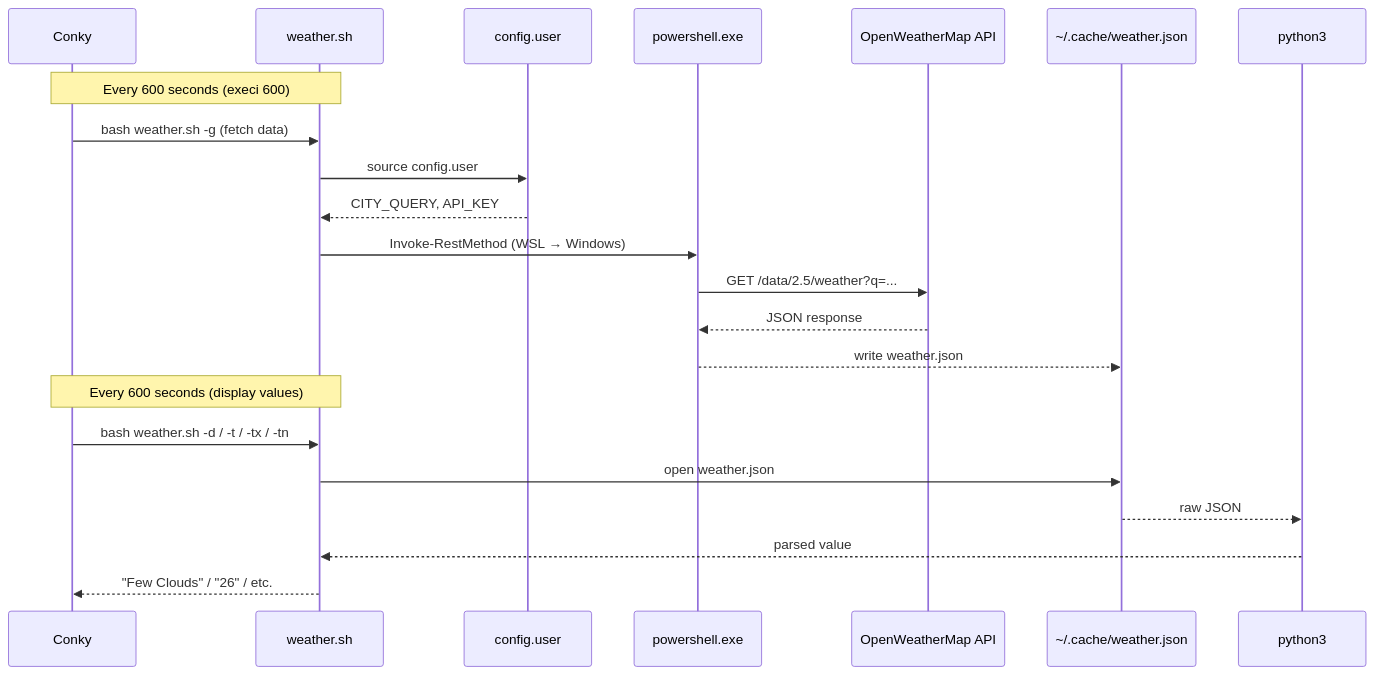
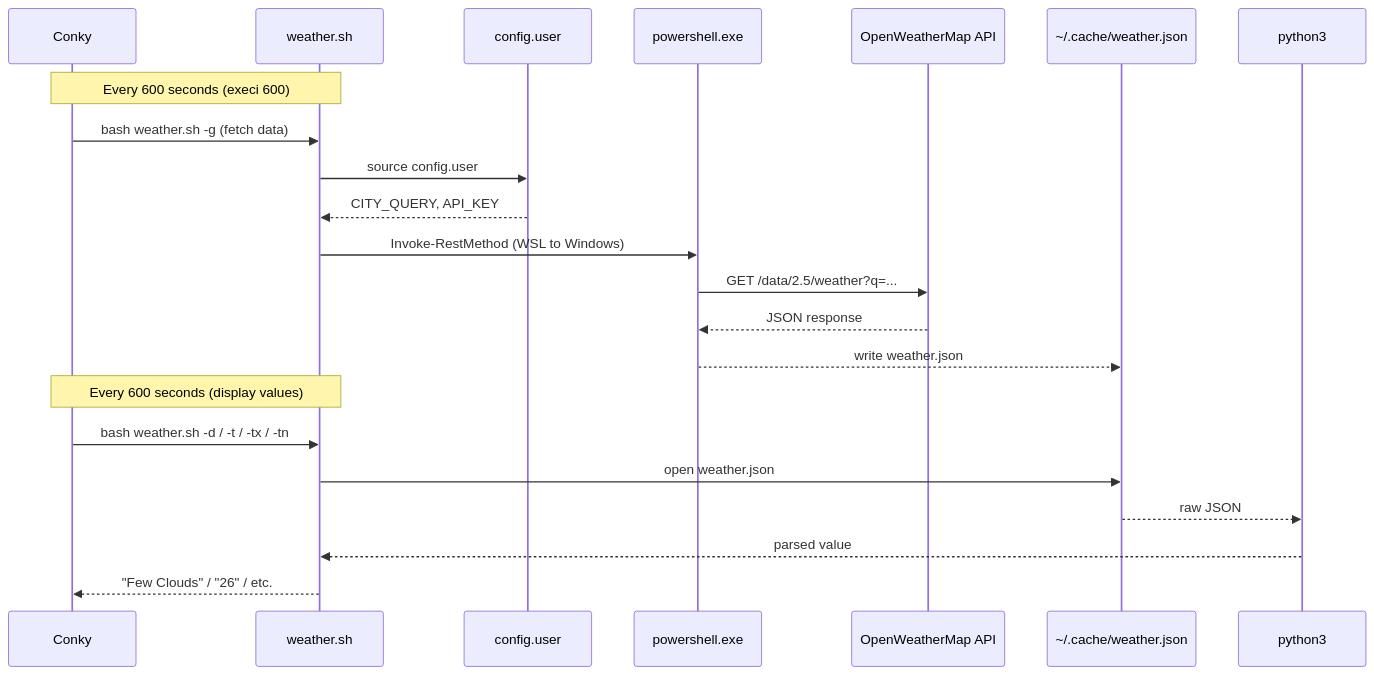
The third of 3 diagrams in README.md (rai-anish/fluxpro), drawn with Mermaid before and after one commit. The commit also changed other lines of this file, not shown here.

Commit message:
docs: fix mermaid diagram syntax formatting

````diff
--- a/README.md
+++ b/README.md
@@ -134,26 +134,26 @@
 ```mermaid
 sequenceDiagram
     participant C as Conky
     participant W as weather.sh
     participant CF as config.user
     participant PS as powershell.exe
     participant API as OpenWeatherMap API
     participant Cache as ~/.cache/weather.json
     participant PY as python3
 
     Note over C,W: Every 600 seconds (execi 600)
     C->>W: bash weather.sh -g  (fetch data)
     W->>CF: source config.user
     CF-->>W: CITY_QUERY, API_KEY
-    W->>PS: Invoke-RestMethod (WSL → Windows)
+    W->>PS: Invoke-RestMethod (WSL to Windows)
     PS->>API: GET /data/2.5/weather?q=...
     API-->>PS: JSON response
     PS-->>Cache: write weather.json
 
     Note over C,W: Every 600 seconds (display values)
     C->>W: bash weather.sh -d / -t / -tx / -tn
     W->>Cache: open weather.json
     Cache-->>PY: raw JSON
     PY-->>W: parsed value
     W-->>C: "Few Clouds" / "26" / etc.
 ```
````
